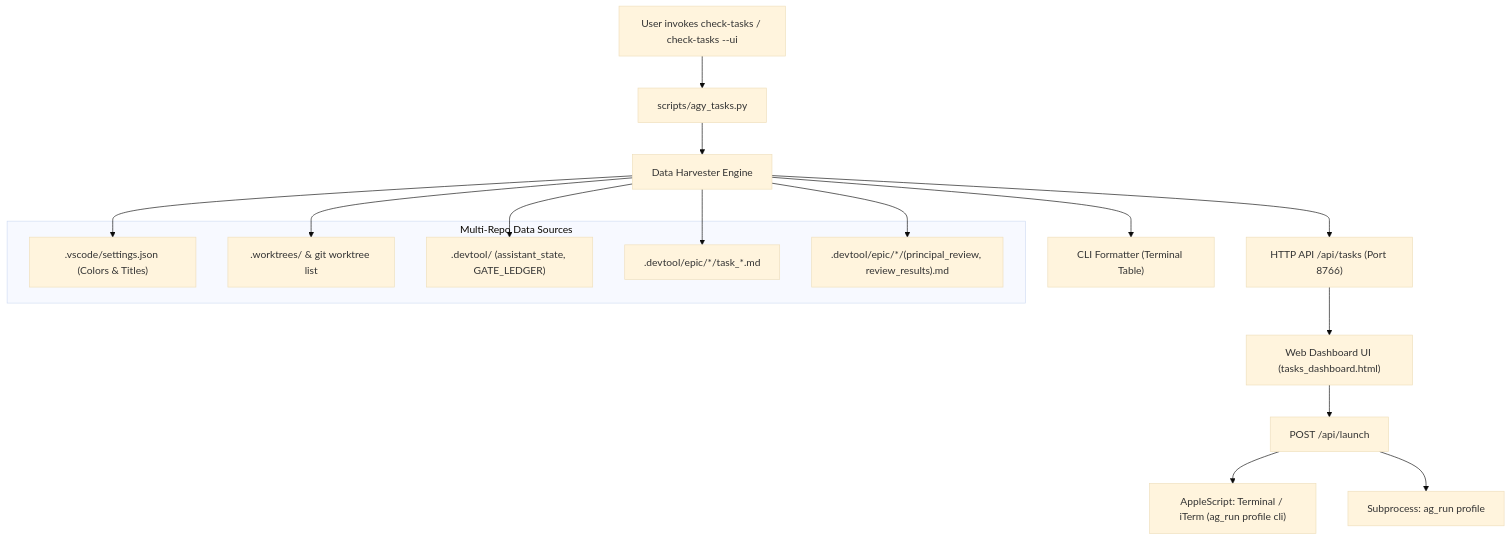
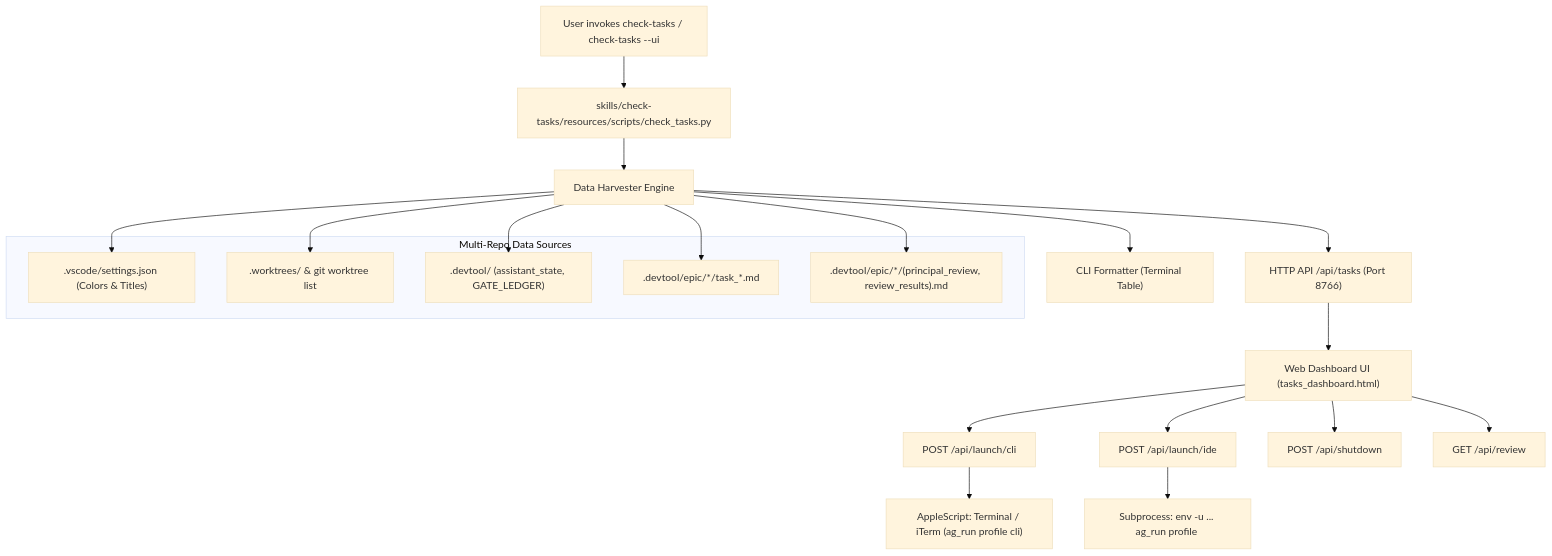
Before and after one commit to DanhDue/ai-agent-tools: the diagram in .devtool/epic/check_tasks_dashboard/2026-11-11-check-tasks-dashboard-design.en.md, drawn with Mermaid (base theme). The commit also changed other lines of this file and 7 other files, not shown here.

First line of the commit message:
[CHECK_TASKS_DASHBOARD] Apply final Principal Review convergence fixes

````diff
--- a/.devtool/epic/check_tasks_dashboard/2026-11-11-check-tasks-dashboard-design.en.md
+++ b/.devtool/epic/check_tasks_dashboard/2026-11-11-check-tasks-dashboard-design.en.md
@@ -75,27 +79,30 @@
 ```mermaid
 flowchart TD
-    CLI["User invokes check-tasks / check-tasks --ui"] --> AGY["scripts/agy_tasks.py"]
+    CLI["User invokes check-tasks / check-tasks --ui"] --> AGY["skills/check-tasks/resources/scripts/check_tasks.py"]
     AGY --> HARVEST["Data Harvester Engine"]
     
     subgraph DataSources["Multi-Repo Data Sources"]
         VS[".vscode/settings.json (Colors & Titles)"]
         WT[".worktrees/ & git worktree list"]
         DEV[".devtool/ (assistant_state, GATE_LEDGER)"]
         TASKS[".devtool/epic/*/task_*.md"]
         REV[".devtool/epic/*/(principal_review, review_results).md"]
     end
     
     HARVEST --> VS
     HARVEST --> WT
     HARVEST --> DEV
     HARVEST --> TASKS
     HARVEST --> REV
     
     HARVEST --> FORMAT["CLI Formatter (Terminal Table)"]
     HARVEST --> API["HTTP API /api/tasks (Port 8766)"]
     API --> WEB["Web Dashboard UI (tasks_dashboard.html)"]
     
-    WEB --> LAUNCH["POST /api/launch"]
-    LAUNCH --> OS_CLI["AppleScript: Terminal / iTerm (ag_run profile cli)"]
-    LAUNCH --> OS_IDE["Subprocess: ag_run profile <worktree>"]
+    WEB --> LAUNCH_CLI["POST /api/launch/cli"]
+    WEB --> LAUNCH_IDE["POST /api/launch/ide"]
+    WEB --> SHUTDOWN["POST /api/shutdown"]
+    WEB --> REVIEW["GET /api/review"]
+    LAUNCH_CLI --> OS_CLI["AppleScript: Terminal / iTerm (ag_run profile cli)"]
+    LAUNCH_IDE --> OS_IDE["Subprocess: env -u ... ag_run profile <worktree>"]
 ```
````
